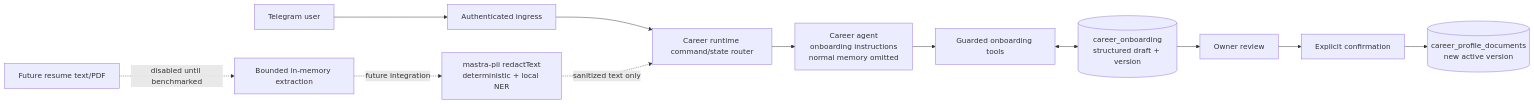
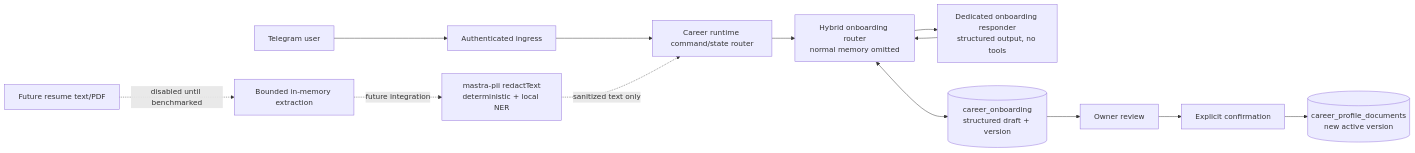
Before and after one commit to KripaMishra/career-copilot: the first of 2 diagrams in docs/specs/onboarding-pii-redaction.md, drawn with Mermaid. The commit also changed other lines of this file and 1 other file, not shown here.

Commit message:
docs: describe guided onboarding

````diff
--- a/docs/specs/onboarding-pii-redaction.md
+++ b/docs/specs/onboarding-pii-redaction.md
@@ -357,15 +357,16 @@
 ```mermaid
 flowchart LR
     User[Telegram user] --> Auth[Authenticated ingress]
     Auth --> Runtime[Career runtime command/state router]
-    Runtime --> Agent[Career agent\nonboarding instructions\nnormal memory omitted]
-    Agent --> Tools[Guarded onboarding tools]
-    Tools <--> Draft[(career_onboarding\nstructured draft + version)]
+    Runtime --> Route[Hybrid onboarding router\nnormal memory omitted]
+    Route --> Agent[Dedicated onboarding responder\nstructured output, no tools]
+    Agent --> Route
+    Route <--> Draft[(career_onboarding\nstructured draft + version)]
     Draft --> Review[Owner review]
     Review --> Confirm[Explicit confirmation]
     Confirm --> Profile[(career_profile_documents\nnew active version)]
 
     Resume[Future resume text/PDF] -. disabled until benchmarked .-> Extract[Bounded in-memory extraction]
     Extract -. future integration .-> PII[mastra-pii redactText\ndeterministic + local NER]
     PII -. sanitized text only .-> Runtime
 ```
````
